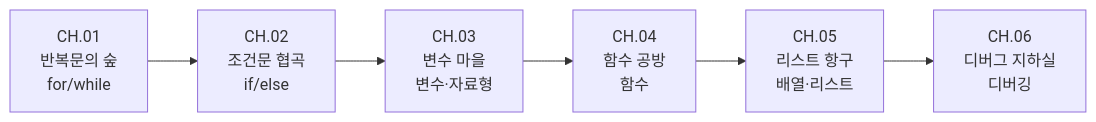
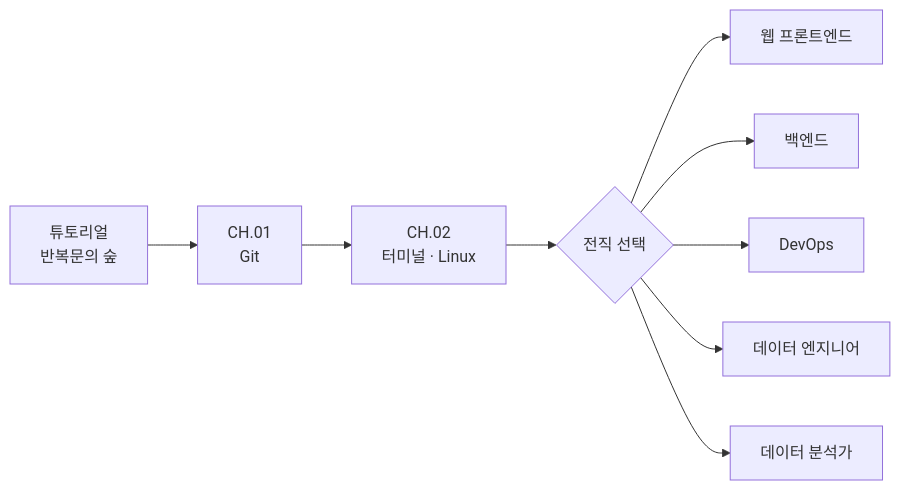
The second of 2 diagrams in docs/GAME_DESIGN.md (codingnanyong/codigdex), drawn with Mermaid before and after one commit. The commit also changed other lines of this file and 27 other files, not shown here.

````diff
--- a/docs/GAME_DESIGN.md
+++ b/docs/GAME_DESIGN.md
@@ -104,8 +104,11 @@
 ```mermaid
 flowchart LR
-    C1["CH.01<br/>반복문의 숲<br/>for/while"] --> C2["CH.02<br/>조건문 협곡<br/>if/else"]
-    C2 --> C3["CH.03<br/>변수 마을<br/>변수·자료형"]
-    C3 --> C4["CH.04<br/>함수 공방<br/>함수"]
-    C4 --> C5["CH.05<br/>리스트 항구<br/>배열·리스트"]
-    C5 --> C6["CH.06<br/>디버그 지하실<br/>디버깅"]
+    T["튜토리얼<br/>반복문의 숲"] --> C1["CH.01<br/>Git"]
+    C1 --> C2["CH.02<br/>터미널 · Linux"]
+    C2 --> P{"전직 선택"}
+    P --> FE["웹 프론트엔드"]
+    P --> BE["백엔드"]
+    P --> DO["DevOps"]
+    P --> DE["데이터 엔지니어"]
+    P --> DA["데이터 분석가"]
 ```
````
